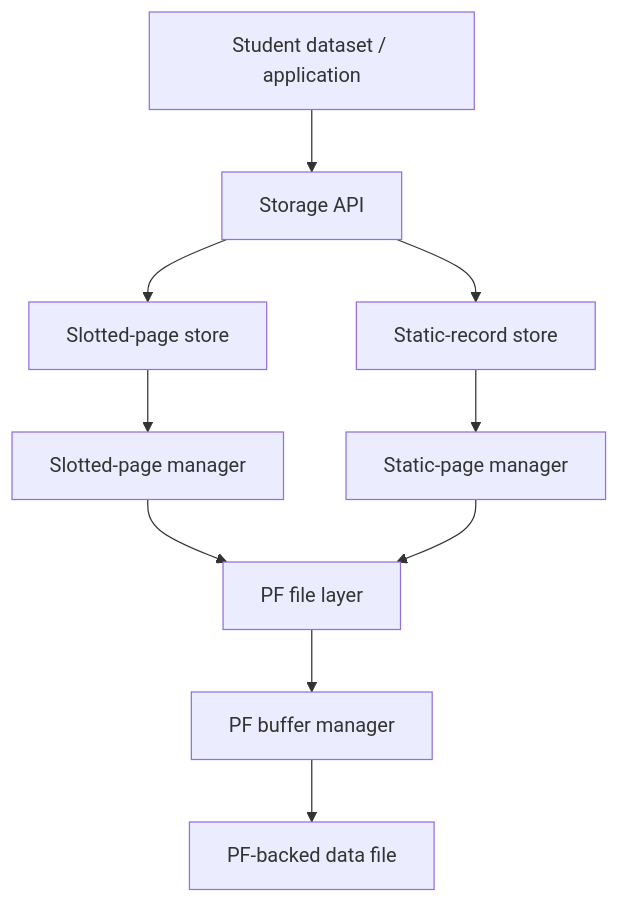
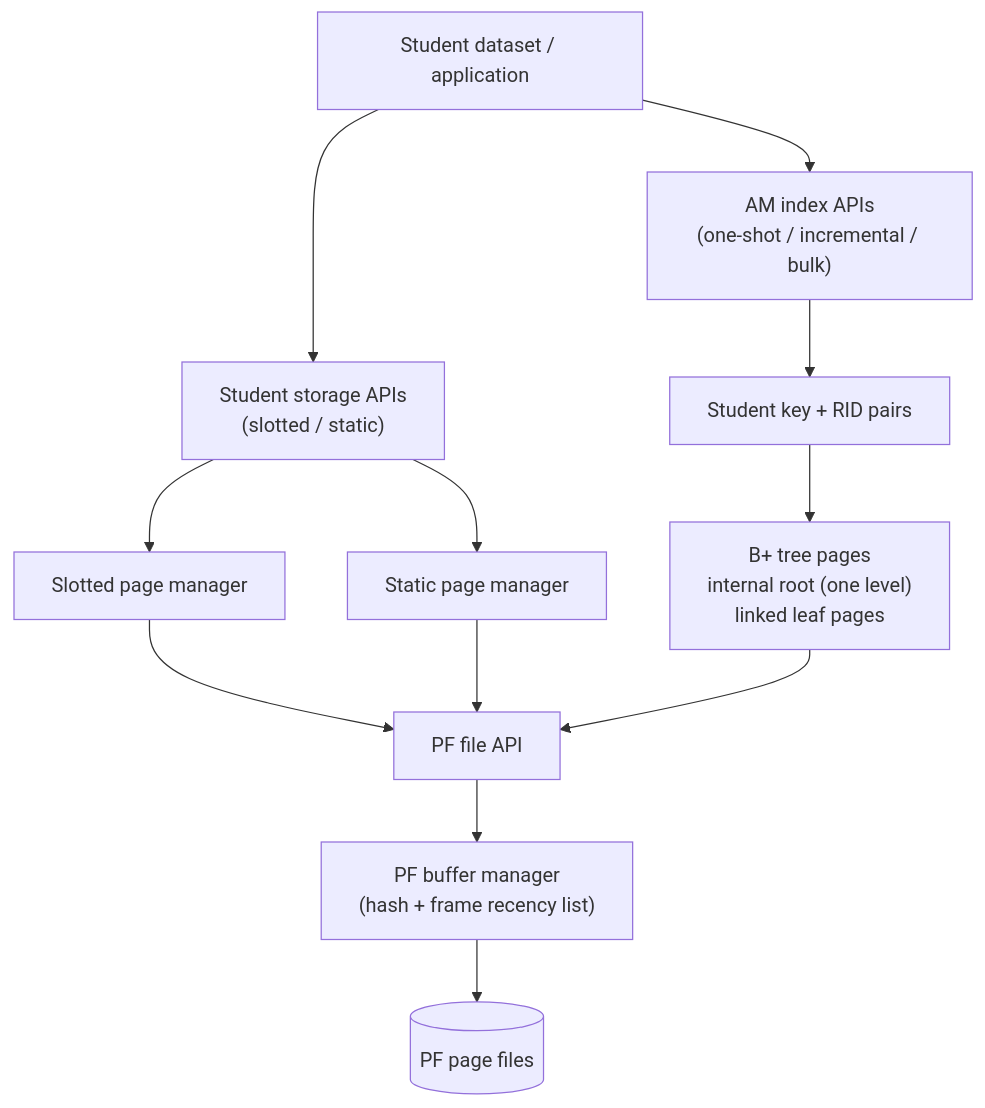
One commit to KingCloudAmazing/ToyDB_Project changed the first of 7 diagrams in toydb/Technical_Report.md. Above: the diagram before and after it, drawn with Mermaid. The commit also changed other lines of this file and 5 other files, not shown here.

````diff
--- a/toydb/Technical_Report.md
+++ b/toydb/Technical_Report.md
@@ -91,12 +105,15 @@
 ```mermaid
 flowchart TD
-    D["Student dataset / application"] --> API["Storage API"]
-    API --> S["Slotted-page store"]
-    API --> R["Static-record store"]
-    S --> SP["Slotted-page manager"]
-    R --> RP["Static-page manager"]
-    SP --> PF["PF file layer"]
-    RP --> PF
-    PF --> BM["PF buffer manager"]
-    BM --> DISK["PF-backed data file"]
+    APP["Student dataset / application"]
+    APP --> SAPI["Student storage APIs<br/>(slotted / static)"]
+    APP --> AMAPI["AM index APIs<br/>(one-shot / incremental / bulk)"]
+    SAPI --> SLOT["Slotted page manager"]
+    SAPI --> STAT["Static page manager"]
+    AMAPI --> KR["Student key + RID pairs"]
+    KR --> BT["B+ tree pages<br/>internal root (one level)<br/>linked leaf pages"]
+    SLOT --> PF["PF file API"]
+    STAT --> PF
+    BT --> PF
+    PF --> BUF["PF buffer manager<br/>(hash + frame recency list)"]
+    BUF --> FILES[("PF page files")]
 ```
````
